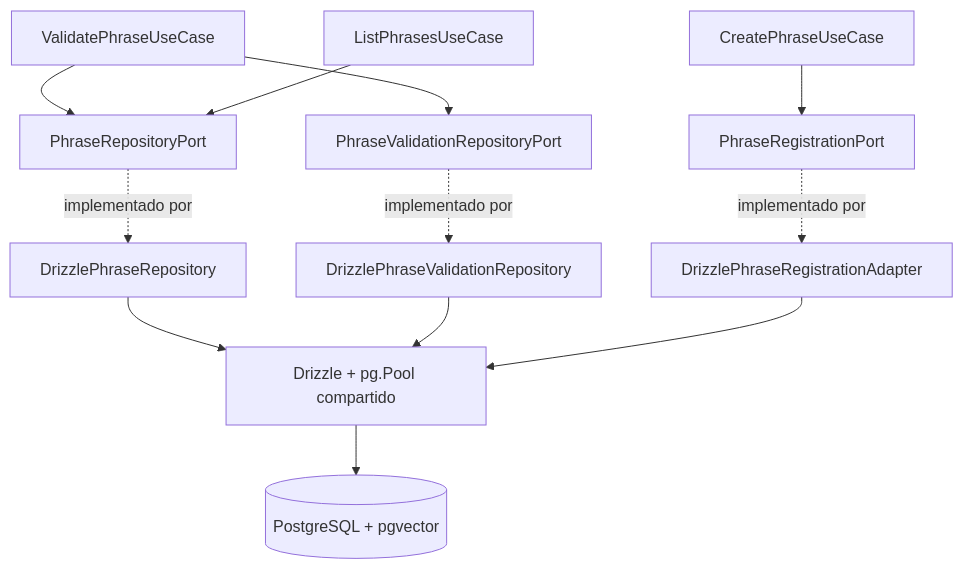
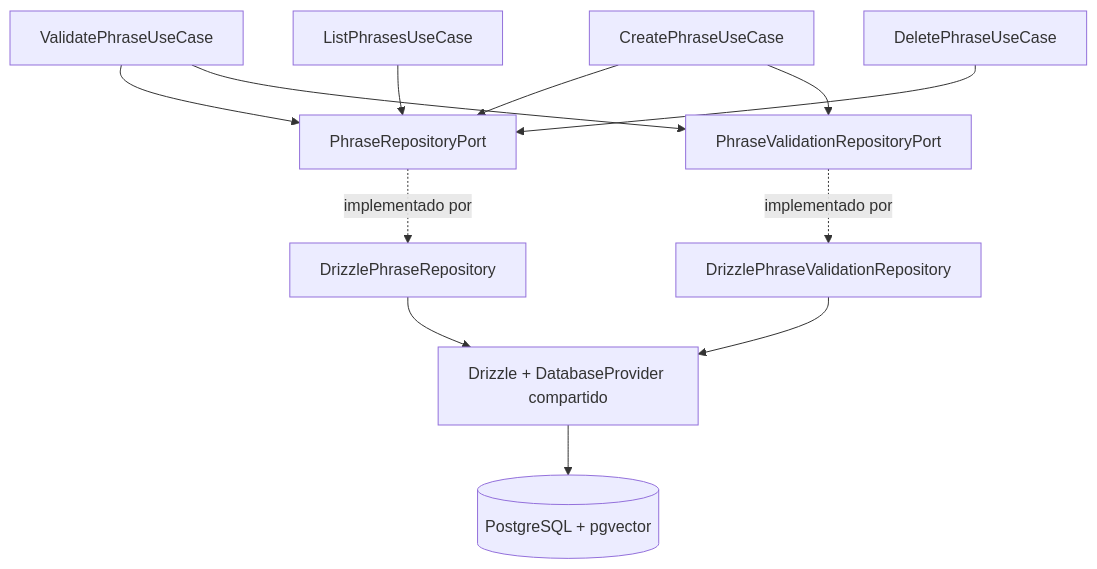
One commit to eduardoquispe/semantic-phrase-app changed the second of 4 diagrams in docs/03-architecture/05-data-architecture.md. Above: the diagram before and after it, drawn with Mermaid. The commit also changed other lines of this file and 13 other files, not shown here.

````diff
--- a/docs/03-architecture/05-data-architecture.md
+++ b/docs/03-architecture/05-data-architecture.md
@@ -227,14 +228,14 @@
 ```mermaid
 flowchart TB
     V[ValidatePhraseUseCase] --> PR[PhraseRepositoryPort]
     V --> VR[PhraseValidationRepositoryPort]
-    C[CreatePhraseUseCase] --> RR[PhraseRegistrationPort]
+    C[CreatePhraseUseCase] --> PR
+    C --> VR
     L[ListPhrasesUseCase] --> PR
+    X[DeletePhraseUseCase] --> PR
     PR -.implementado por.-> DR[DrizzlePhraseRepository]
     VR -.implementado por.-> DV[DrizzlePhraseValidationRepository]
-    RR -.implementado por.-> DT[DrizzlePhraseRegistrationAdapter]
-    DR --> D[Drizzle + pg.Pool compartido]
+    DR --> D[Drizzle + DatabaseProvider compartido]
     DV --> D
-    DT --> D
     D --> DB[(PostgreSQL + pgvector)]
 ```
````
